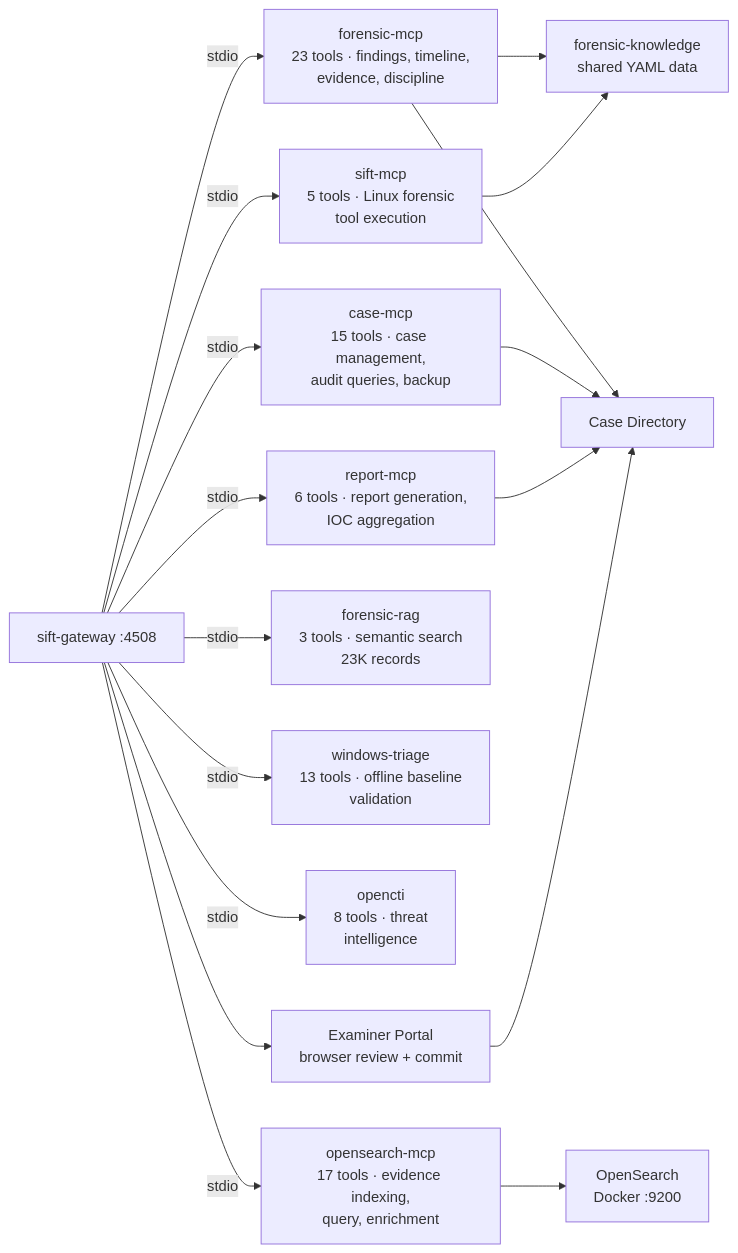
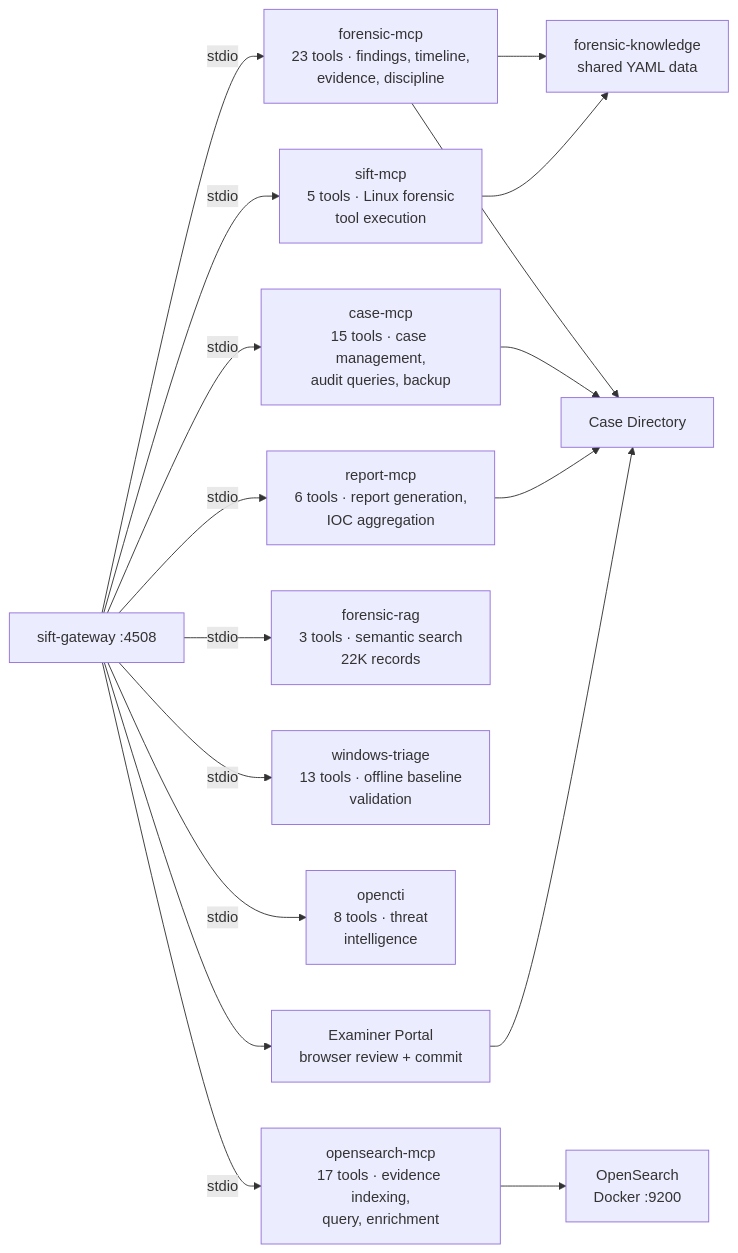
One commit to AppliedIR/sift-mcp changed the first of 2 diagrams in README.md. Above: the diagram before and after it, drawn with Mermaid. The commit also changed other lines of this file, not shown here.

Commit message:
Update README: important note, fix RAG record counts

````diff
--- a/README.md
+++ b/README.md
@@ -86,34 +87,34 @@
 ```mermaid
 graph LR
     GW["sift-gateway :4508"]
 
     FM["forensic-mcp<br/>23 tools · findings, timeline,<br/>evidence, discipline"]
     CM["case-mcp<br/>15 tools · case management,<br/>audit queries, backup"]
     RM["report-mcp<br/>6 tools · report generation,<br/>IOC aggregation"]
     SM["sift-mcp<br/>5 tools · Linux forensic<br/>tool execution"]
-    RAG["forensic-rag<br/>3 tools · semantic search<br/>23K records"]
+    RAG["forensic-rag<br/>3 tools · semantic search<br/>22K records"]
     WT["windows-triage<br/>13 tools · offline baseline<br/>validation"]
     OC["opencti<br/>8 tools · threat<br/>intelligence"]
     OS["opensearch-mcp<br/>17 tools · evidence indexing,<br/>query, enrichment"]
     CD["Examiner Portal<br/>browser review + commit"]
     FK["forensic-knowledge<br/>shared YAML data"]
     CASE["Case Directory"]
     OSD["OpenSearch<br/>Docker :9200"]
 
     GW -->|stdio| FM
     GW -->|stdio| CM
     GW -->|stdio| RM
     GW -->|stdio| SM
     GW -->|stdio| RAG
     GW -->|stdio| WT
     GW -->|stdio| OC
     GW -->|stdio| OS
     GW --> CD
     FM --> FK
     SM --> FK
     FM --> CASE
     CM --> CASE
     RM --> CASE
     CD --> CASE
     OS --> OSD
 ```
````
